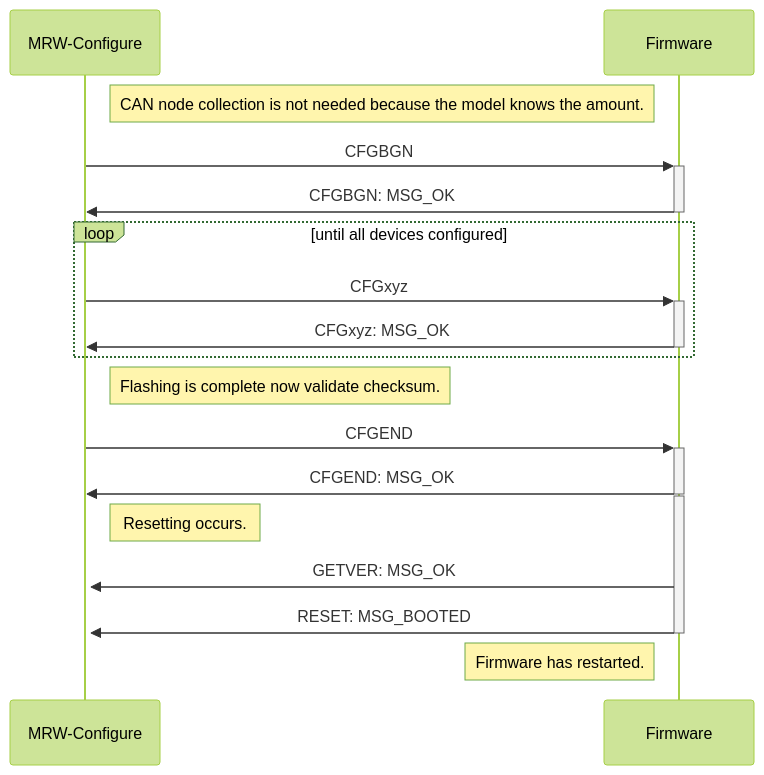
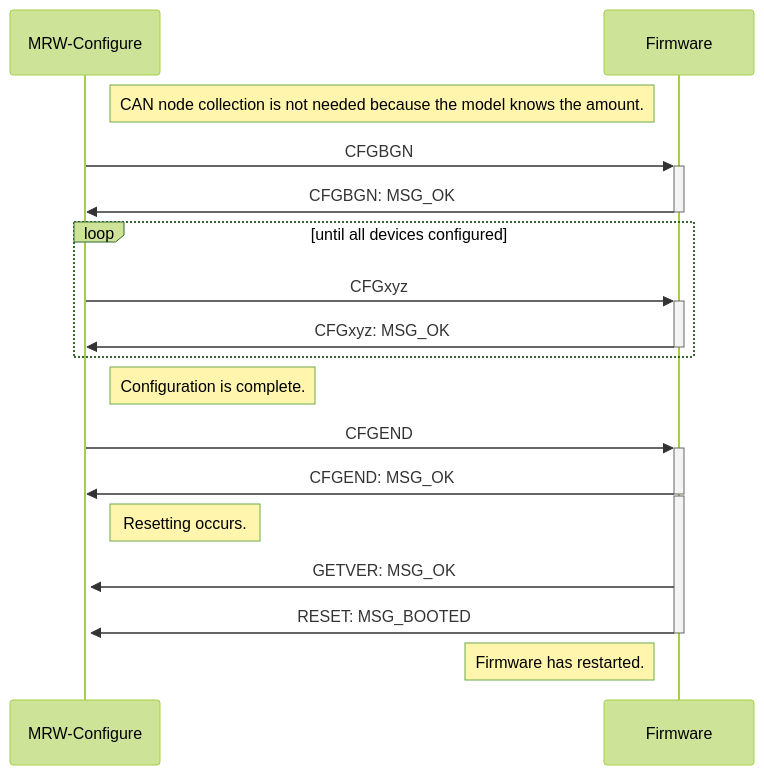
The diagram in tools/config/README.md (stmork/mrw-track-control-ng), drawn with Mermaid (forest theme) before and after one commit.

Commit message:
Corrected note.

````diff
--- a/tools/config/README.md
+++ b/tools/config/README.md
@@ -13,27 +13,27 @@
 ```mermaid
 sequenceDiagram
 	Participant T as MRW-Configure
 	Participant F as Firmware
 
 	Note right of T: CAN node collection is not needed because the model knows the amount.
 	T ->> +F: CFGBGN
 	F ->> -T: CFGBGN: MSG_OK
 
 	loop until all devices configured
 		T ->> +F: CFGxyz
 		F ->> -T: CFGxyz: MSG_OK
 	end
 
-	Note right of T: Flashing is complete now validate checksum.
+	Note right of T: Configuration is complete.
 	T ->> +F: CFGEND
 
 	F ->> -T: CFGEND: MSG_OK
 
 	activate F
 	Note right of T: Resetting occurs.
 
 	F ->> +T: GETVER: MSG_OK
 	F ->> -T: RESET: MSG_BOOTED
 
 	Note left of F: Firmware has restarted.
 ```
````
